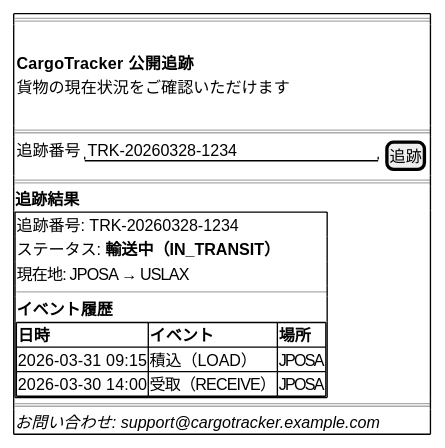
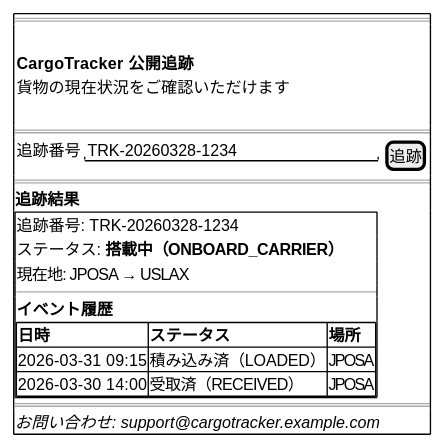
Before and after one commit to k2works/case-study-cargo-tracker: diagram 19 of 19 in docs/design/ui_design.md, drawn with PlantUML. The commit also changed other lines of this file and 8 other files, not shown here.

````diff
--- a/docs/design/ui_design.md
+++ b/docs/design/ui_design.md
@@ -956,33 +1018,33 @@
 ```plantuml
 @startsalt
 {+
   ==
   {
     .
     <b>CargoTracker 公開追跡</b>
     貨物の現在状況をご確認いただけます
     .
   }
   ==
   {
     追跡番号 | "TRK-20260328-1234          " | [追跡]
   }
   ==
   <b>追跡結果</b>
   {+
     追跡番号: TRK-20260328-1234
-    ステータス: <b>輸送中（IN_TRANSIT）</b>
+    ステータス: <b>搭載中（ONBOARD_CARRIER）</b>
     現在地: JPOSA → USLAX
     ----
     <b>イベント履歴</b>
     {#
-      **日時** | **イベント** | **場所**
-      2026-03-31 09:15 | 積込（LOAD） | JPOSA
-      2026-03-30 14:00 | 受取（RECEIVE） | JPOSA
+      **日時** | **ステータス** | **場所**
+      2026-03-31 09:15 | 積み込み済（LOADED） | JPOSA
+      2026-03-30 14:00 | 受取済（RECEIVED） | JPOSA
     }
   }
   ==
   <i>お問い合わせ: support@cargotracker.example.com</i>
 }
 @endsalt
 ```
````
